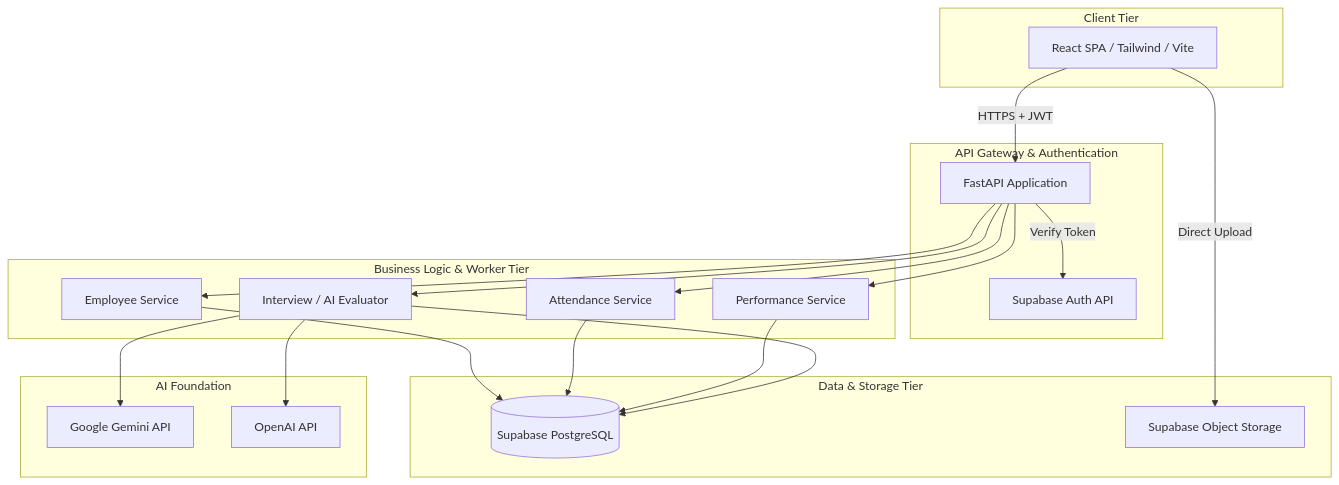
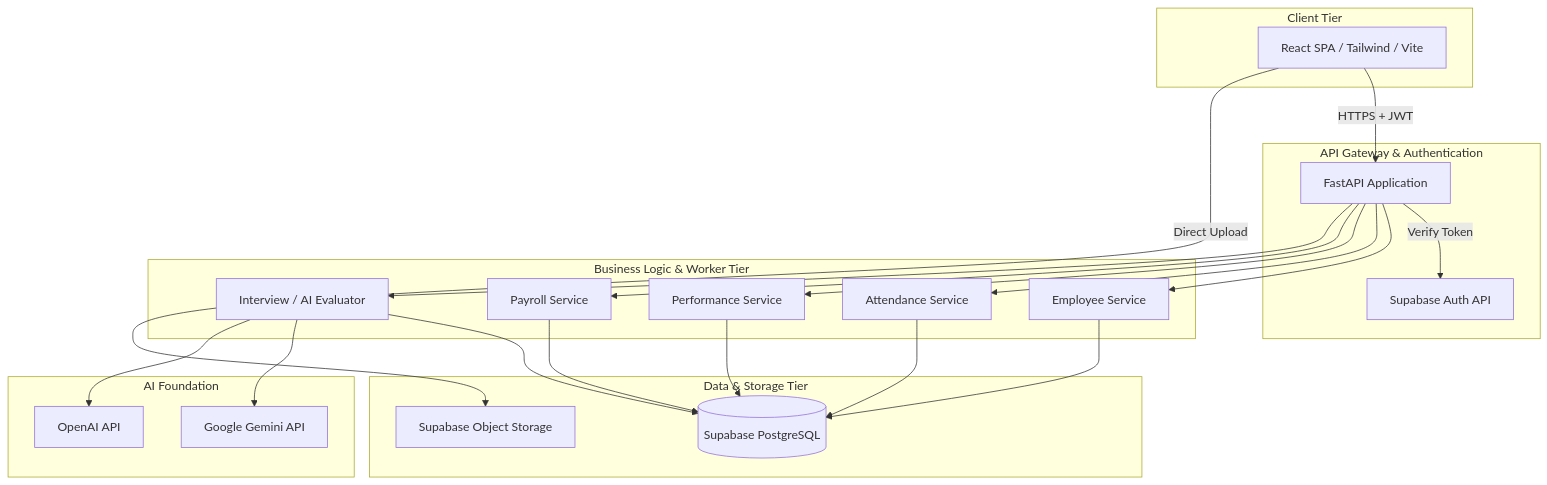
The first of 3 diagrams in docs/TRD.md (pranavvenu12/ai-hiring-os), drawn with Mermaid before and after one commit. The commit also changed other lines of this file and 19 other files, not shown here.

````diff
--- a/docs/TRD.md
+++ b/docs/TRD.md
@@ -10,44 +10,47 @@
 ```mermaid
 graph TB
     subgraph Client Tier
         SPA[React SPA / Tailwind / Vite]
     end
 
     subgraph API Gateway & Authentication
         Gateway[FastAPI Application]
         SupabaseAuth[Supabase Auth API]
     end
 
     subgraph Business Logic & Worker Tier
         EmployeeSvc[Employee Service]
         AttendanceSvc[Attendance Service]
         PerformanceSvc[Performance Service]
+        PayrollSvc[Payroll Service]
         InterviewSvc[Interview / AI Evaluator]
     end
 
     subgraph Data & Storage Tier
         DB[(Supabase PostgreSQL)]
         Storage[Supabase Object Storage]
     end
 
     subgraph AI Foundation
         Gemini[Google Gemini API]
         OpenAI[OpenAI API]
     end
 
     SPA -->|HTTPS + JWT| Gateway
     Gateway -->|Verify Token| SupabaseAuth
     Gateway --> EmployeeSvc
     Gateway --> AttendanceSvc
     Gateway --> PerformanceSvc
+    Gateway --> PayrollSvc
     Gateway --> InterviewSvc
     
     EmployeeSvc --> DB
     AttendanceSvc --> DB
     PerformanceSvc --> DB
+    PayrollSvc --> DB
     InterviewSvc --> DB
     InterviewSvc --> Gemini
     InterviewSvc --> OpenAI
     
     SPA -->|Direct Upload| Storage
 ```
````
